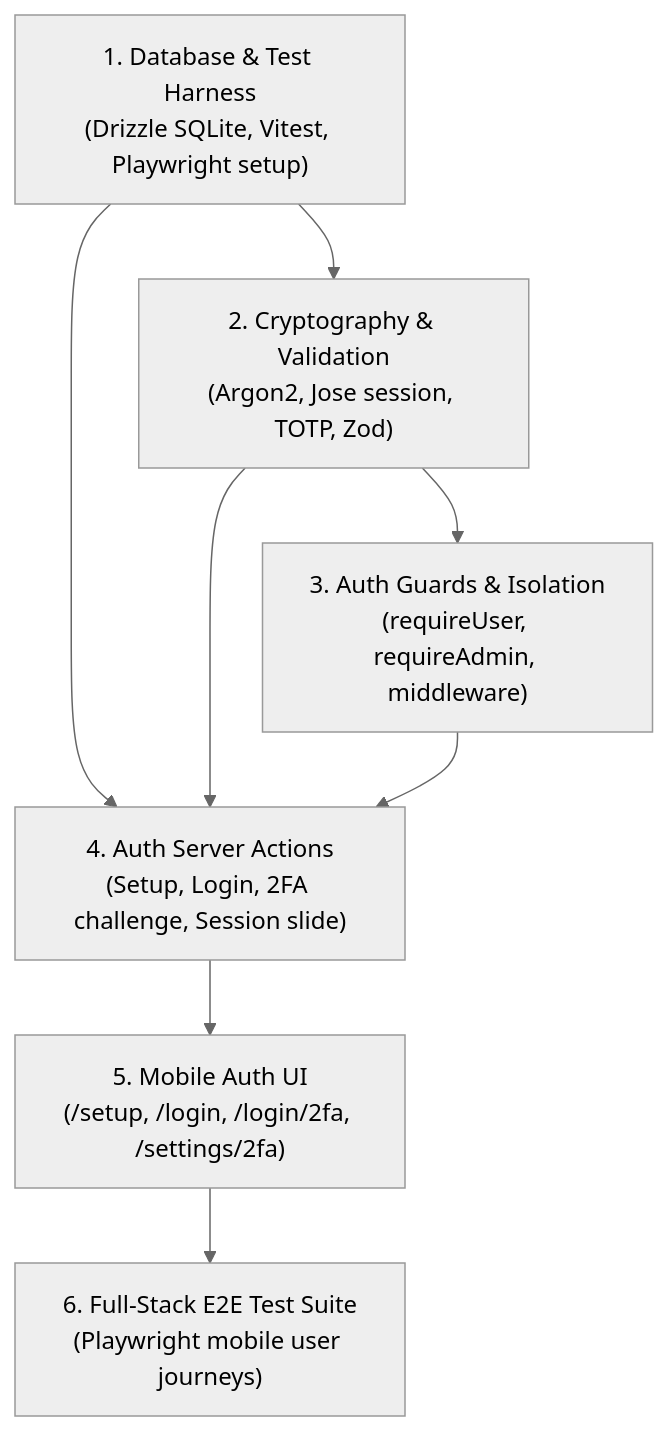
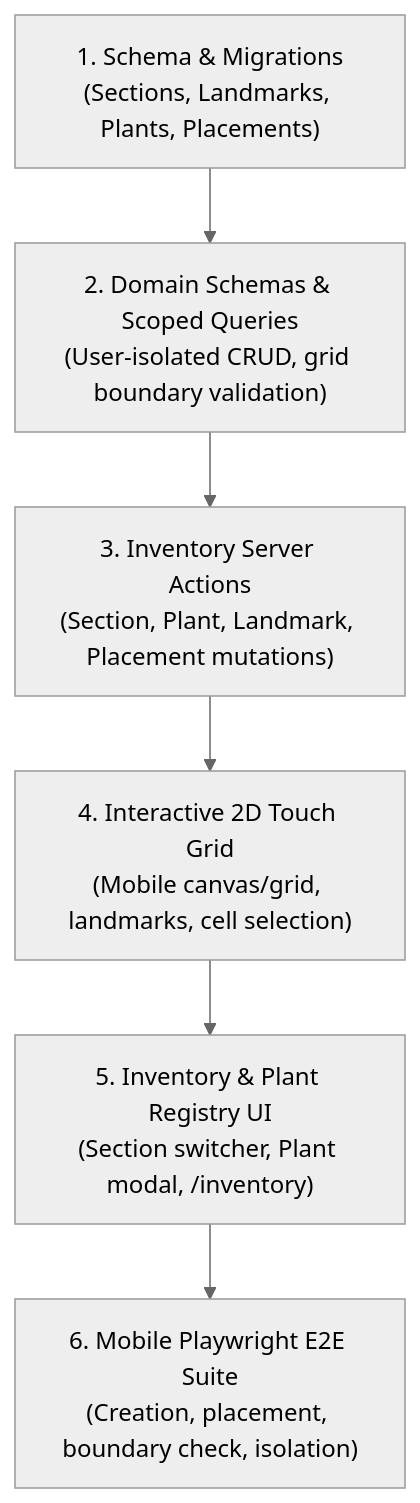
Before and after one commit to dArignac/viridarium: the diagram in tasks/plan.md, drawn with Mermaid (neutral theme). The commit also changed other lines of this file and 24 other files, not shown here.

````diff
--- a/tasks/plan.md
+++ b/tasks/plan.md
@@ -7,17 +7,15 @@
 ```mermaid
 flowchart TD
-    Harness["1. Database & Test Harness<br/>(Drizzle SQLite, Vitest, Playwright setup)"]
-    Crypto["2. Cryptography & Validation<br/>(Argon2, Jose session, TOTP, Zod)"]
-    Guards["3. Auth Guards & Isolation<br/>(requireUser, requireAdmin, middleware)"]
-    Actions["4. Auth Server Actions<br/>(Setup, Login, 2FA challenge, Session slide)"]
-    UI["5. Mobile Auth UI<br/>(/setup, /login, /login/2fa, /settings/2fa)"]
-    E2E["6. Full-Stack E2E Test Suite<br/>(Playwright mobile user journeys)"]
+    Schema["1. Schema & Migrations<br/>(Sections, Landmarks, Plants, Placements)"]
+    Queries["2. Domain Schemas & Scoped Queries<br/>(User-isolated CRUD, grid boundary validation)"]
+    Actions["3. Inventory Server Actions<br/>(Section, Plant, Landmark, Placement mutations)"]
+    GridUI["4. Interactive 2D Touch Grid<br/>(Mobile canvas/grid, landmarks, cell selection)"]
+    Pages["5. Inventory & Plant Registry UI<br/>(Section switcher, Plant modal, /inventory)"]
+    E2E["6. Mobile Playwright E2E Suite<br/>(Creation, placement, boundary check, isolation)"]
 
-    Harness --> Crypto
-    Crypto --> Guards
-    Harness --> Actions
-    Crypto --> Actions
-    Guards --> Actions
-    Actions --> UI
-    UI --> E2E
+    Schema --> Queries
+    Queries --> Actions
+    Actions --> GridUI
+    GridUI --> Pages
+    Pages --> E2E
 ```
````
